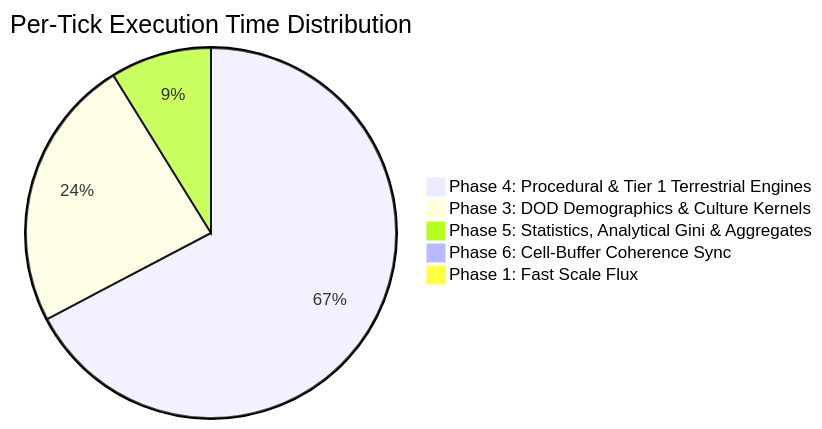
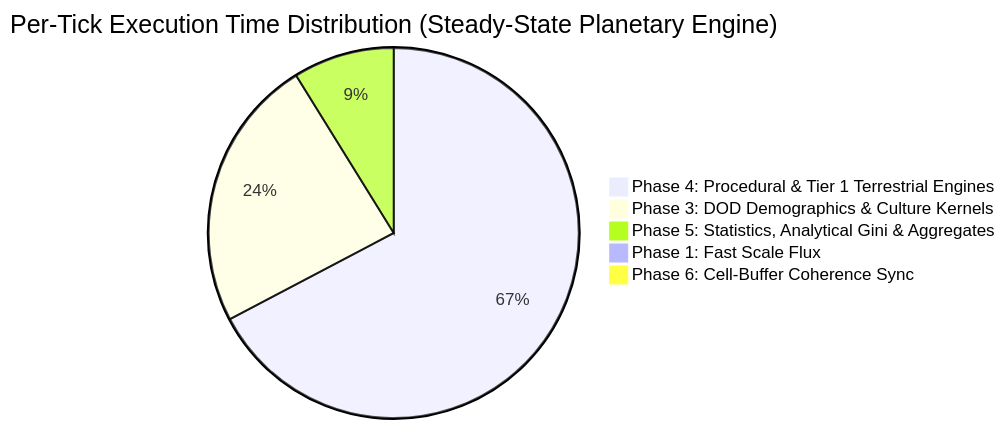
Before and after one commit to silveremartin-dev/Ether: the diagram in docs/BENCHMARKS.md, drawn with Mermaid. The commit also changed other lines of this file and 95 other files, not shown here.

````diff
--- a/docs/BENCHMARKS.md
+++ b/docs/BENCHMARKS.md
@@ -69,8 +121,8 @@
 ```mermaid
-pie title Per-Tick Execution Time Distribution
+pie title Per-Tick Execution Time Distribution (Steady-State Planetary Engine)
     "Phase 4: Procedural & Tier 1 Terrestrial Engines" : 67.1
     "Phase 3: DOD Demographics & Culture Kernels" : 23.8
     "Phase 5: Statistics, Analytical Gini & Aggregates" : 8.8
+    "Phase 1: Fast Scale Flux" : 0.29
     "Phase 6: Cell-Buffer Coherence Sync" : 0.01
-    "Phase 1: Fast Scale Flux" : 0.29
 ```
````
